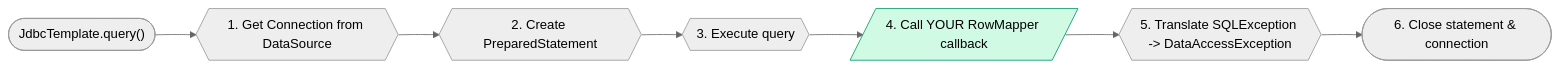
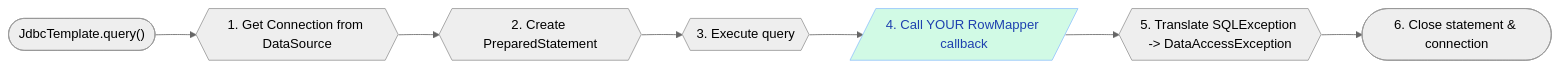
Before and after one commit to saivamsikaruturi/vamsilabs-dev-notes-main: the fourth of 11 diagrams in docs/springboot/design-patterns.md, drawn with Mermaid (neutral theme). The commit also changed other lines of this file and 220 other files, not shown here.

First line of the commit message:
Add 50+ new Java/Spring Boot pages, rewrite CSS code blocks to Oracle style, fix all diagram colors

````diff
--- a/docs/springboot/design-patterns.md
+++ b/docs/springboot/design-patterns.md
@@ -201,11 +201,11 @@
 ```mermaid
 flowchart LR
     A(["JdbcTemplate.query()"]) --> B{{"1. Get Connection from DataSource"}}
     B --> C{{"2. Create PreparedStatement"}}
     C --> D{{"3. Execute query"}}
     D --> E[/"4. Call YOUR RowMapper callback"/]
     E --> F{{"5. Translate SQLException -> DataAccessException"}}
     F --> G(["6. Close statement & connection"])
 
-    style E fill:#D1FAE5,stroke:#059669,color:#000
+    style E fill:#D1FAE5,stroke:#93C5FD,color:#1E40AF
 ```
````
